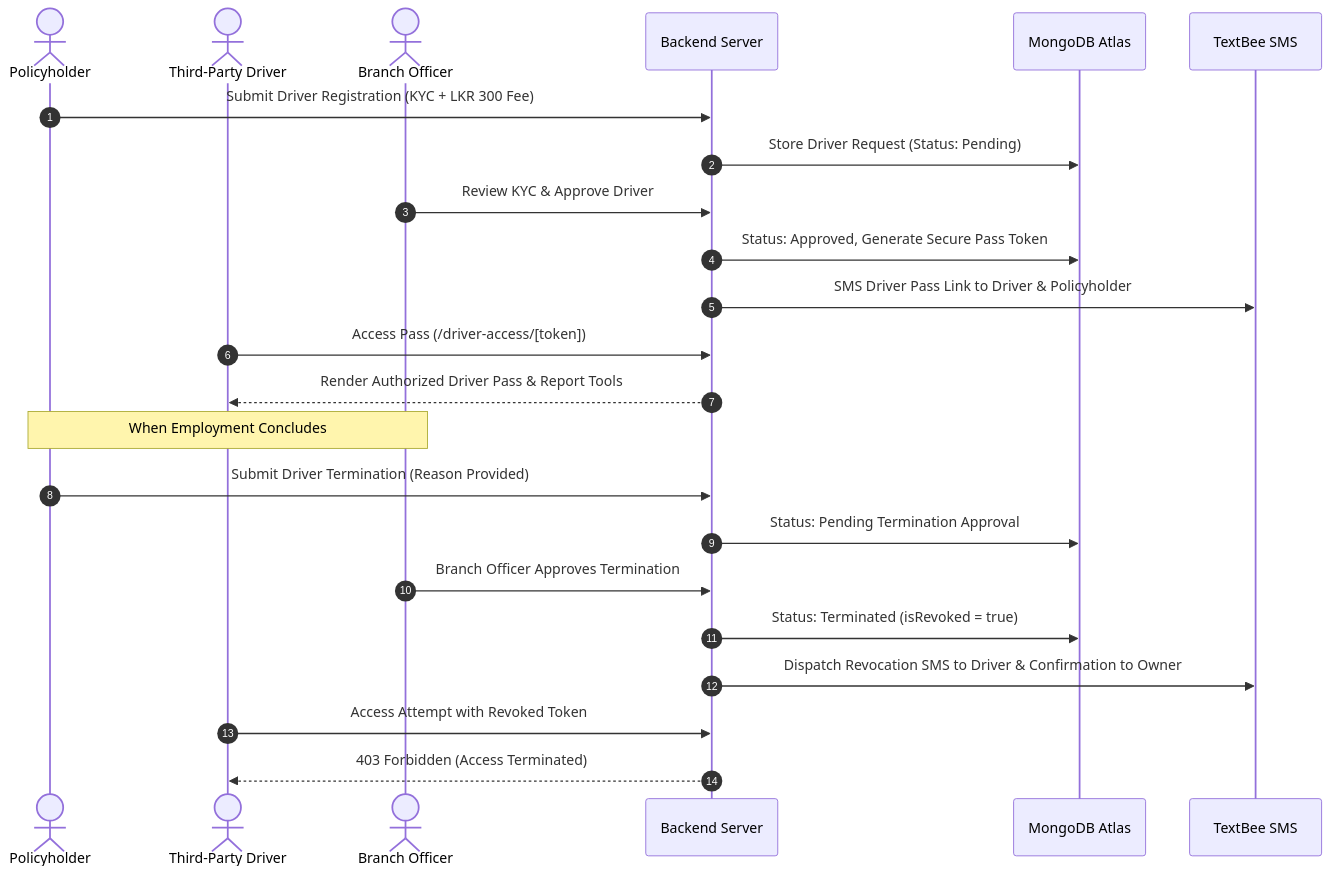
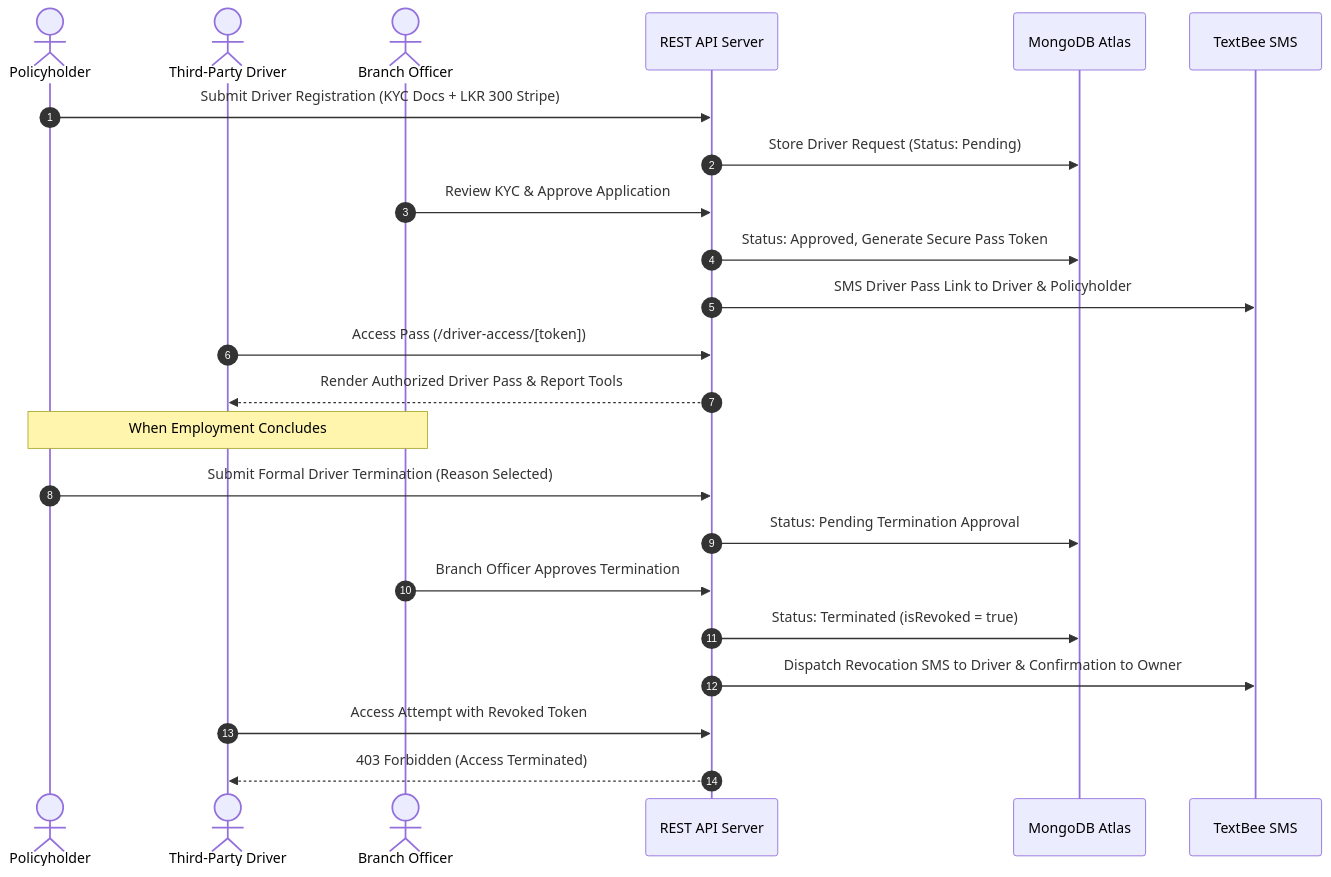
One commit to gayathra45/Sanasa-Insurance-Vehicle-Damage-Claiming-System changed the second of 2 diagrams in README.md. Above: the diagram before and after it, drawn with Mermaid. The commit also changed other lines of this file, not shown here.

Commit message:
docs: redesign README.md with clean hero header, dedicated technology stack section, and analytics graphs

````diff
--- a/README.md
+++ b/README.md
@@ -125,27 +202,27 @@
 ```mermaid
 sequenceDiagram
     autonumber
     actor PH as Policyholder
     actor Driver as Third-Party Driver
     actor Branch as Branch Officer
-    participant API as Backend Server
+    participant API as REST API Server
     participant DB as MongoDB Atlas
     participant SMS as TextBee SMS
 
-    PH->>API: Submit Driver Registration (KYC + LKR 300 Fee)
+    PH->>API: Submit Driver Registration (KYC Docs + LKR 300 Stripe)
     API->>DB: Store Driver Request (Status: Pending)
-    Branch->>API: Review KYC & Approve Driver
+    Branch->>API: Review KYC & Approve Application
     API->>DB: Status: Approved, Generate Secure Pass Token
     API->>SMS: SMS Driver Pass Link to Driver & Policyholder
     Driver->>API: Access Pass (/driver-access/[token])
     API-->>Driver: Render Authorized Driver Pass & Report Tools
 
     Note over PH, Branch: When Employment Concludes
-    PH->>API: Submit Driver Termination (Reason Provided)
+    PH->>API: Submit Formal Driver Termination (Reason Selected)
     API->>DB: Status: Pending Termination Approval
     Branch->>API: Branch Officer Approves Termination
     API->>DB: Status: Terminated (isRevoked = true)
     API->>SMS: Dispatch Revocation SMS to Driver & Confirmation to Owner
     Driver->>API: Access Attempt with Revoked Token
     API-->>Driver: 403 Forbidden (Access Terminated)
 ```
````
